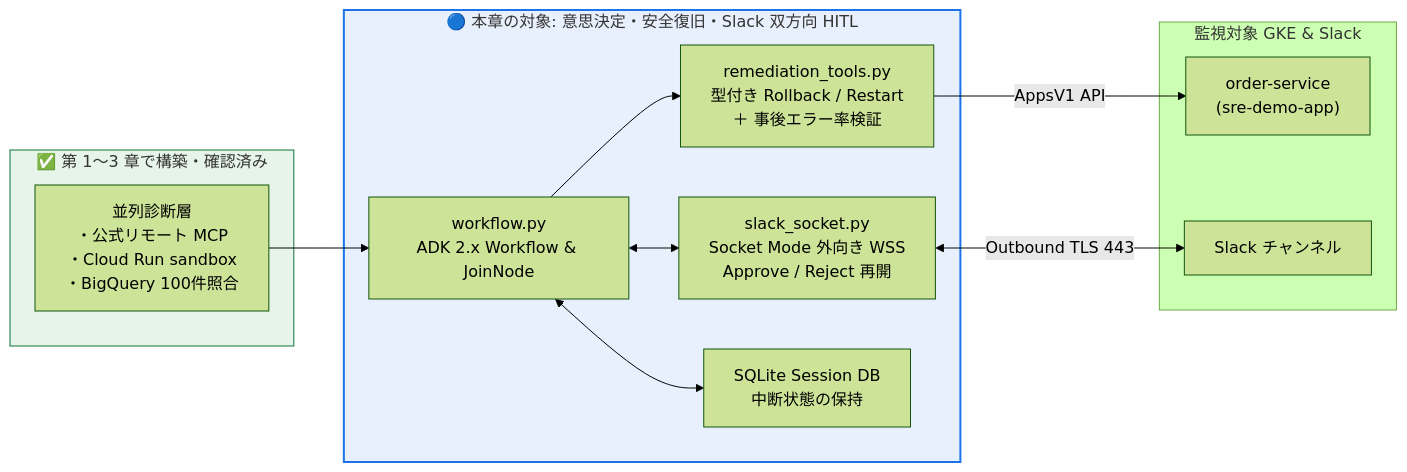
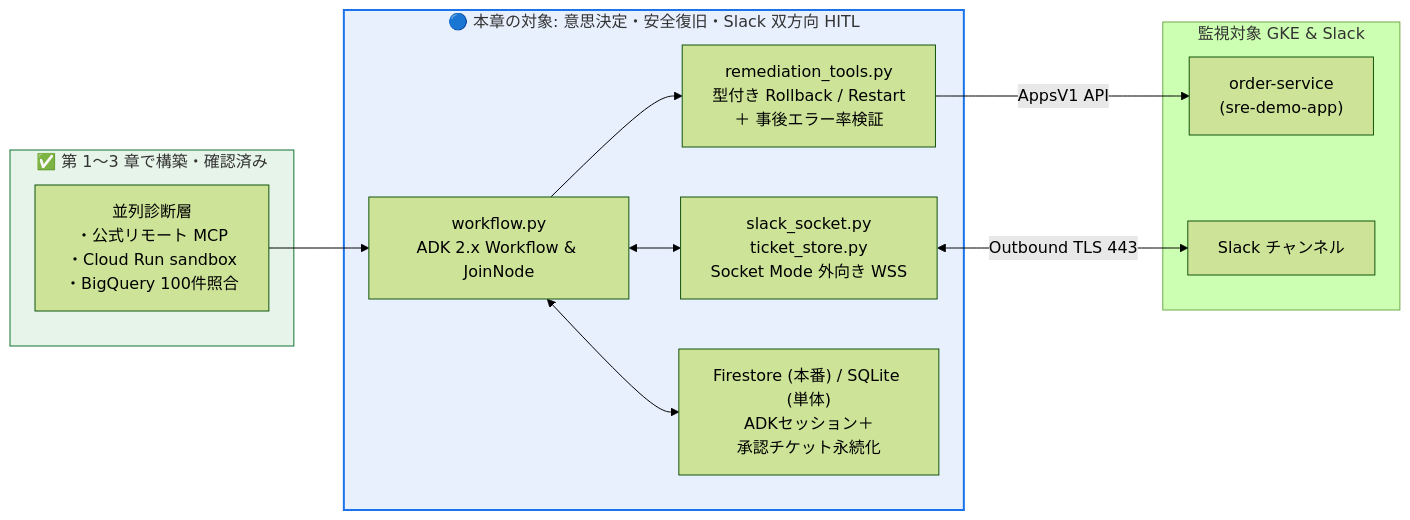
The first of 4 diagrams in docs/04-auto-remediation-and-slack-hitl.md (tyorikan/agentic-sre-handson), drawn with Mermaid (forest theme) before and after one commit. The commit also changed other lines of this file and 15 other files, not shown here.

Commit message:
feat: persist ADK sessions and Slack HITL tickets in Cloud Firestore

````diff
--- a/docs/04-auto-remediation-and-slack-hitl.md
+++ b/docs/04-auto-remediation-and-slack-hitl.md
@@ -12,28 +12,28 @@
 ```mermaid
 flowchart LR
     subgraph Prev["✅ 第 1〜3 章で構築・確認済み"]
         Diag["並列診断層<br/>・公式リモート MCP<br/>・Cloud Run sandbox<br/>・BigQuery 100件照合"]
     end
 
     subgraph Now["🔵 本章の対象: 意思決定・安全復旧・Slack 双方向 HITL"]
         WF["workflow.py<br/>ADK 2.x Workflow & JoinNode"]
         Rem["remediation_tools.py<br/>型付き Rollback / Restart<br/>＋ 事後エラー率検証"]
-        SlackMod["slack_socket.py<br/>Socket Mode 外向き WSS<br/>Approve / Reject 再開"]
-        DB["SQLite Session DB<br/>中断状態の保持"]
+        SlackMod["slack_socket.py<br/>ticket_store.py<br/>Socket Mode 外向き WSS"]
+        DB["Firestore (本番) / SQLite (単体)<br/>ADKセッション＋<br/>承認チケット永続化"]
         WF <--> DB
         WF --> Rem
         WF <--> SlackMod
     end
 
     subgraph Target["監視対象 GKE & Slack"]
         GKE["order-service<br/>(sre-demo-app)"]
         SlackUI["Slack チャンネル"]
     end
 
     Diag --> WF
     Rem -->|"AppsV1 API"| GKE
     SlackMod <-->|"Outbound TLS 443"| SlackUI
 
     style Prev fill:#e6f4ea,stroke:#137333
     style Now fill:#e8f0fe,stroke:#1a73e8,stroke-width:2px
 ```
````
